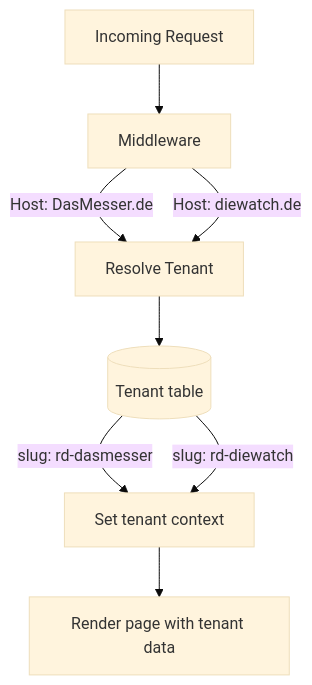
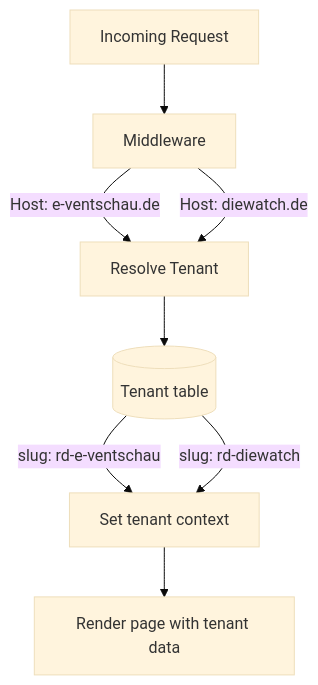
Before and after one commit to nyxCore-Systems/minicms: the second of 7 diagrams in docs/whitelabelrefactor.md, drawn with Mermaid (base theme). The commit also changed other lines of this file and 24 other files, not shown here.

First line of the commit message:
chore: strip remaining Das Messer leftovers; restore package-lock

````diff
--- a/docs/whitelabelrefactor.md
+++ b/docs/whitelabelrefactor.md
@@ -55,11 +55,11 @@
 ```mermaid
 flowchart TB
     REQ[Incoming Request] --> MW[Middleware]
-    MW --> |"Host: DasMesser.de"| RESOLVE[Resolve Tenant]
+    MW --> |"Host: e-ventschau.de"| RESOLVE[Resolve Tenant]
     RESOLVE --> DB[(Tenant table)]
-    DB --> |"slug: rd-dasmesser"| TENANT[Set tenant context]
+    DB --> |"slug: rd-e-ventschau"| TENANT[Set tenant context]
     TENANT --> RENDER[Render page with tenant data]
 
     MW --> |"Host: diewatch.de"| RESOLVE
     DB --> |"slug: rd-diewatch"| TENANT
 ```
````
